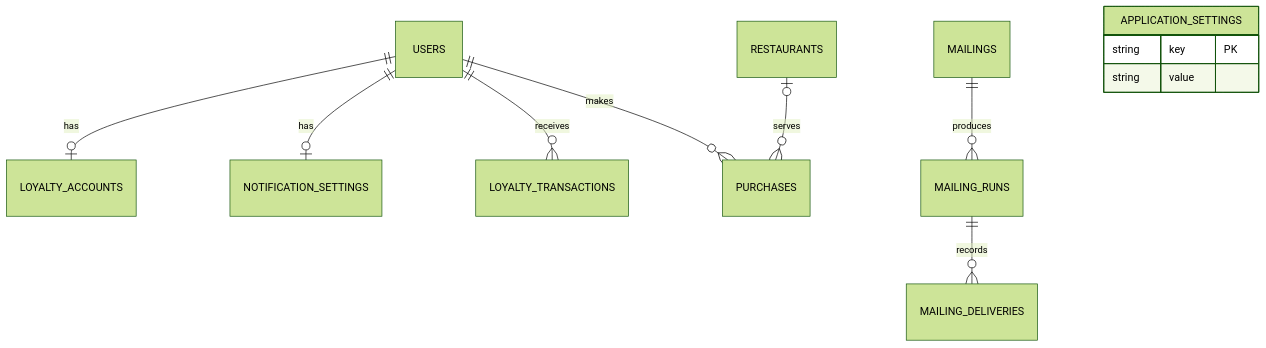
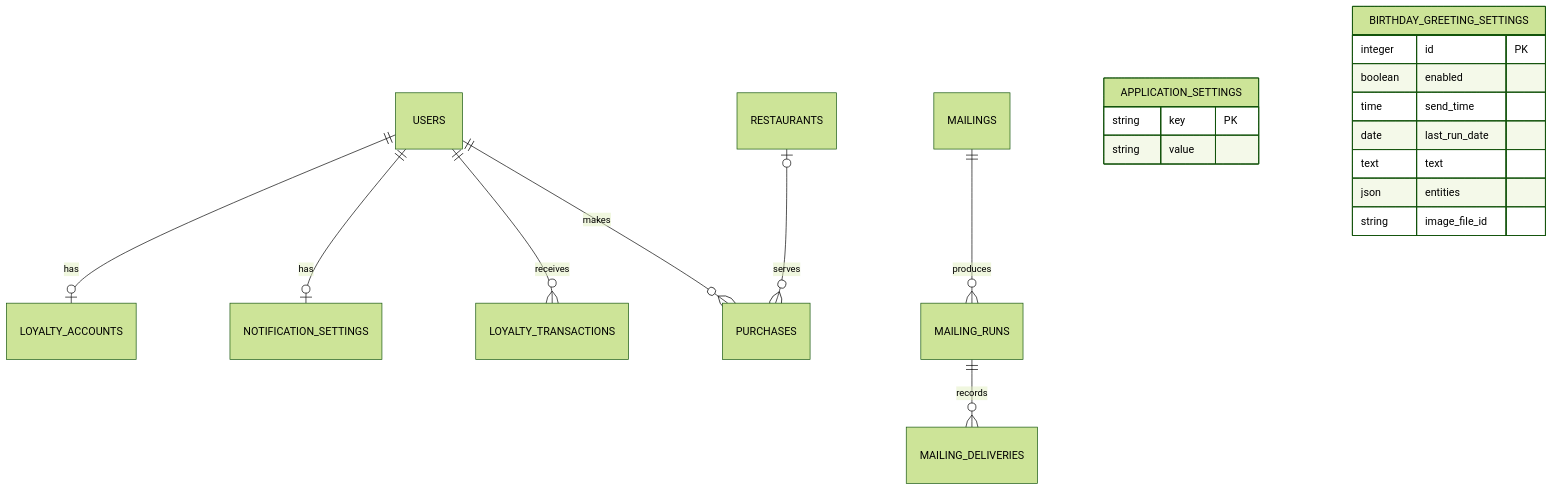
One commit to alexzhiliuk/FishAndGuds changed the second of 2 diagrams in README.md. Above: the diagram before and after it, drawn with Mermaid (forest theme). The commit also changed other lines of this file, not shown here.

Commit message:
docs(broadcast): update birthday greetings documentation

````diff
--- a/README.md
+++ b/README.md
@@ -183,14 +191,23 @@
 ```mermaid
 erDiagram
     USERS ||--o| LOYALTY_ACCOUNTS : has
     USERS ||--o| NOTIFICATION_SETTINGS : has
     USERS ||--o{ LOYALTY_TRANSACTIONS : receives
     USERS ||--o{ PURCHASES : makes
     RESTAURANTS o|--o{ PURCHASES : serves
     MAILINGS ||--o{ MAILING_RUNS : produces
     MAILING_RUNS ||--o{ MAILING_DELIVERIES : records
     APPLICATION_SETTINGS {
         string key PK
         string value
     }
+    BIRTHDAY_GREETING_SETTINGS {
+        integer id PK
+        boolean enabled
+        time send_time
+        date last_run_date
+        text text
+        json entities
+        string image_file_id
+    }
 ```
````
